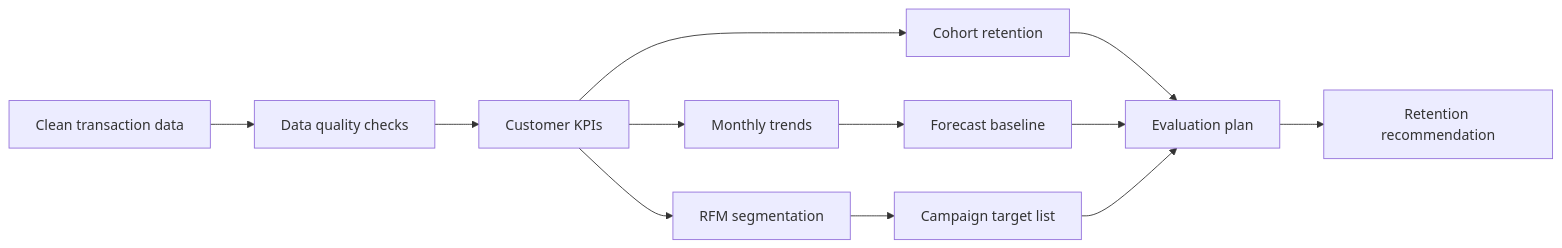
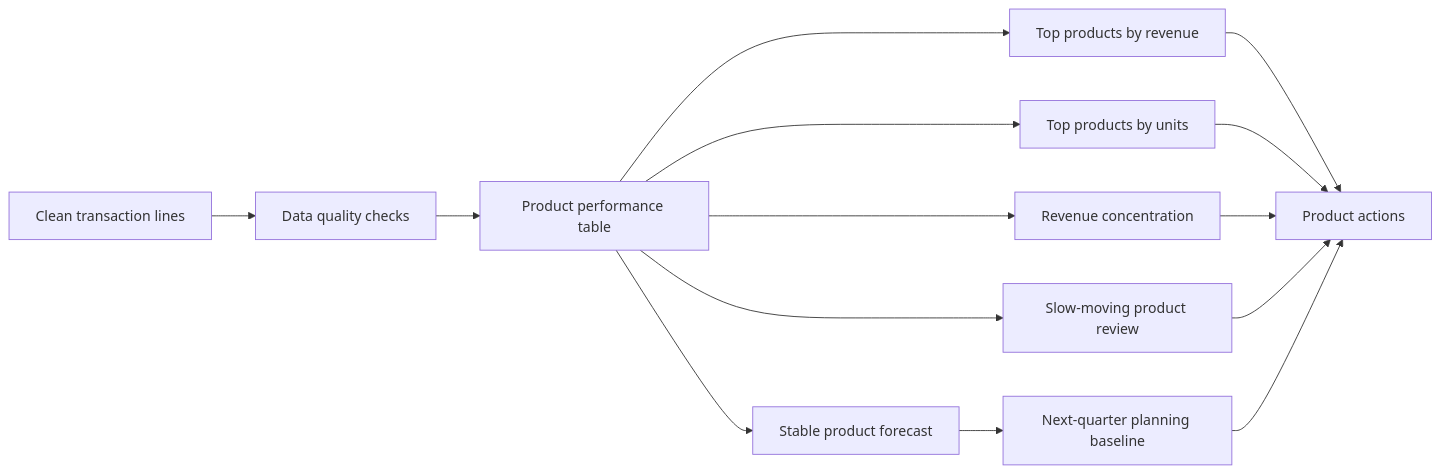
Before and after one commit to Kaidxc/customer-retention-sql-dashboard: the diagram in README.md, drawn with Mermaid. The commit also changed other lines of this file and 47 other files, not shown here.

````diff
--- a/README.md
+++ b/README.md
@@ -162,14 +162,16 @@
 ```mermaid
 flowchart LR
-    A[Clean transaction data] --> B[Data quality checks]
-    B --> C[Customer KPIs]
-    C --> D[RFM segmentation]
-    C --> E[Cohort retention]
-    C --> F[Monthly trends]
-    F --> G[Forecast baseline]
-    D --> H[Campaign target list]
-    E --> I[Evaluation plan]
-    G --> I
-    H --> I
-    I --> J[Retention recommendation]
+    A[Clean transaction lines] --> B[Data quality checks]
+    B --> C[Product performance table]
+    C --> D[Top products by revenue]
+    C --> E[Top products by units]
+    C --> F[Revenue concentration]
+    C --> G[Slow-moving product review]
+    C --> H[Stable product forecast]
+    H --> I[Next-quarter planning baseline]
+    D --> J[Product actions]
+    E --> J
+    F --> J
+    G --> J
+    I --> J
 ```
````
